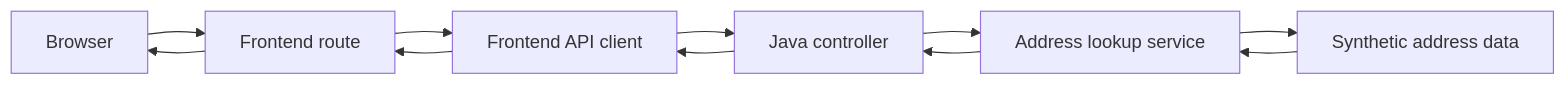
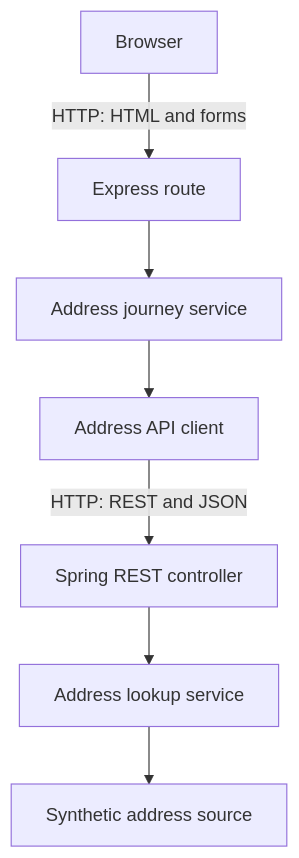
Before and after one commit to sopvkane/brightstart-training-service: the diagram in docs/how-the-service-works.md, drawn with Mermaid. The commit also changed other lines of this file and 15 other files, not shown here.

Commit message:
DEV-005: Refactor journey and API boundaries

````diff
--- a/docs/how-the-service-works.md
+++ b/docs/how-the-service-works.md
@@ -23,13 +23,17 @@
 ```mermaid
-flowchart LR
-    Browser --> FrontendRoute[Frontend route]
-    FrontendRoute --> ApiClient[Frontend API client]
-    ApiClient --> JavaController[Java controller]
-    JavaController --> LookupService[Address lookup service]
-    LookupService --> SyntheticData[Synthetic address data]
-    SyntheticData --> LookupService
-    LookupService --> JavaController
-    JavaController --> ApiClient
-    ApiClient --> FrontendRoute
-    FrontendRoute --> Browser
+flowchart TD
+    Browser[Browser]
+    FrontendRoute[Express route]
+    JourneyService[Address journey service]
+    ApiClient[Address API client]
+    JavaController[Spring REST controller]
+    LookupService[Address lookup service]
+    SyntheticSource[Synthetic address source]
+
+    Browser -->|HTTP: HTML and forms| FrontendRoute
+    FrontendRoute --> JourneyService
+    JourneyService --> ApiClient
+    ApiClient -->|HTTP: REST and JSON| JavaController
+    JavaController --> LookupService
+    LookupService --> SyntheticSource
 ```
````
